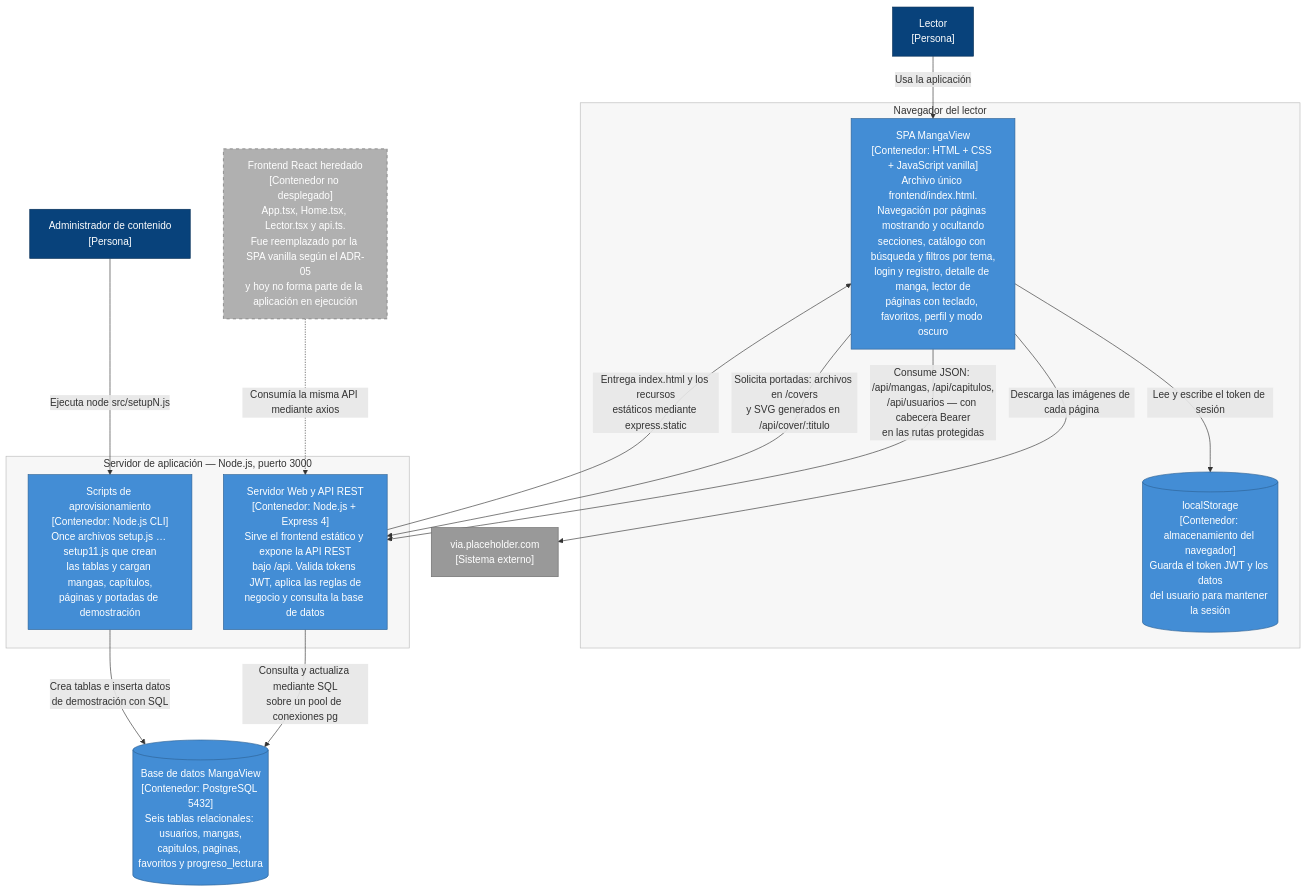
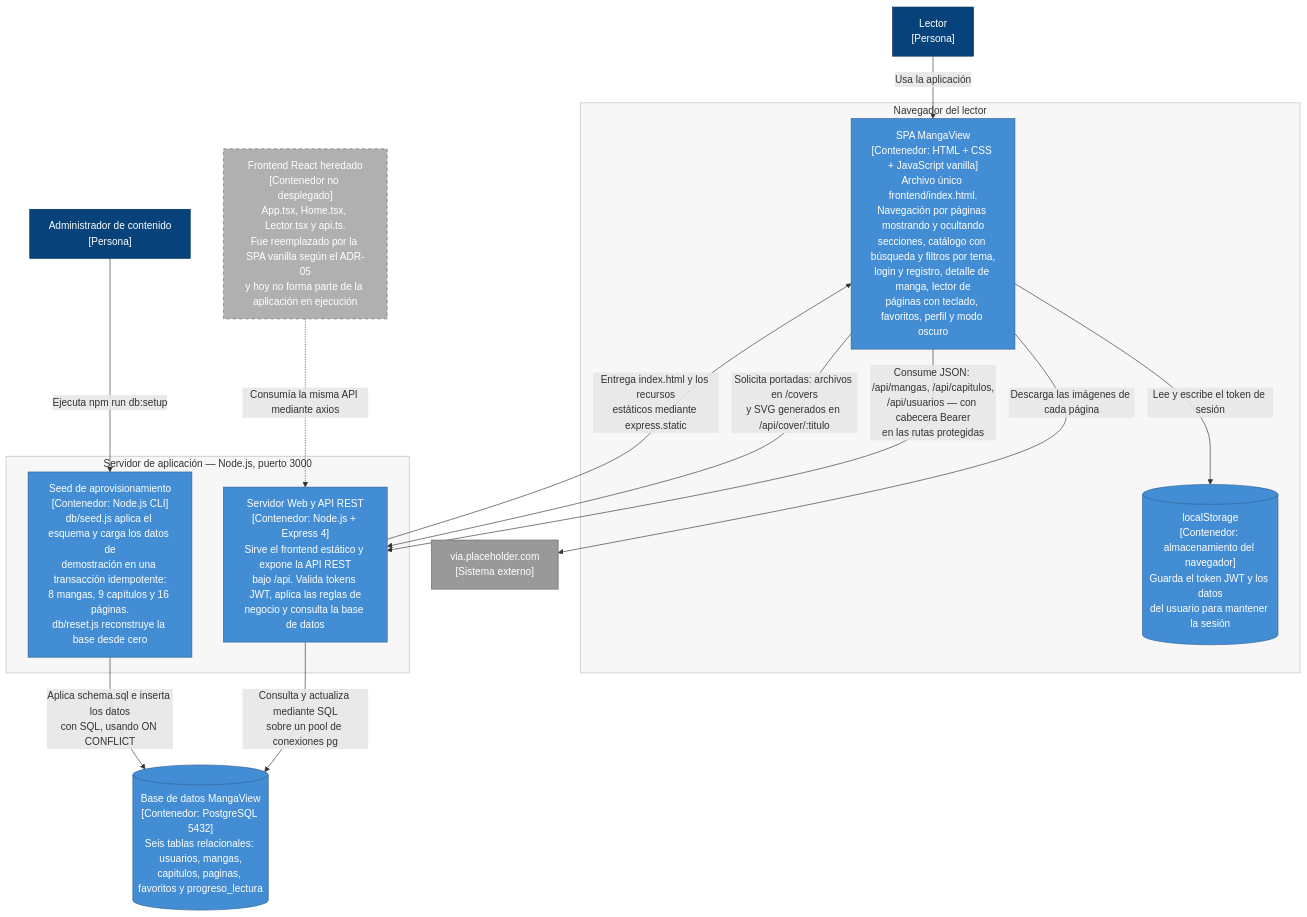
Before and after one commit to Robertotec2/MangaView: the second of 4 diagrams in docs/C4-MangaView.md, drawn with Mermaid. The commit also changed other lines of this file, not shown here.

````diff
--- a/docs/C4-MangaView.md
+++ b/docs/C4-MangaView.md
@@ -107,44 +107,44 @@
 ```mermaid
 flowchart TB
     lector["Lector<br/>[Persona]"]
     admin["Administrador de contenido<br/>[Persona]"]
 
     subgraph navegador["Navegador del lector"]
         spa["SPA MangaView<br/>[Contenedor: HTML + CSS + JavaScript vanilla]<br/>Archivo único frontend/index.html.<br/>Navegación por páginas mostrando y ocultando<br/>secciones, catálogo con búsqueda y filtros por tema,<br/>login y registro, detalle de manga, lector de<br/>páginas con teclado, favoritos, perfil y modo oscuro"]
         storage[("localStorage<br/>[Contenedor: almacenamiento del navegador]<br/>Guarda el token JWT y los datos<br/>del usuario para mantener la sesión")]
     end
 
     subgraph servidor["Servidor de aplicación — Node.js, puerto 3000"]
         api["Servidor Web y API REST<br/>[Contenedor: Node.js + Express 4]<br/>Sirve el frontend estático y expone la API REST<br/>bajo /api. Valida tokens JWT, aplica las reglas de<br/>negocio y consulta la base de datos"]
-        scripts["Scripts de aprovisionamiento<br/>[Contenedor: Node.js CLI]<br/>Once archivos setup.js … setup11.js que crean<br/>las tablas y cargan mangas, capítulos,<br/>páginas y portadas de demostración"]
+        scripts["Seed de aprovisionamiento<br/>[Contenedor: Node.js CLI]<br/>db/seed.js aplica el esquema y carga los datos de<br/>demostración en una transacción idempotente:<br/>8 mangas, 9 capítulos y 16 páginas.<br/>db/reset.js reconstruye la base desde cero"]
     end
 
     db[("Base de datos MangaView<br/>[Contenedor: PostgreSQL 5432]<br/>Seis tablas relacionales: usuarios, mangas,<br/>capitulos, paginas, favoritos y progreso_lectura")]
 
     placeholder["via.placeholder.com<br/>[Sistema externo]"]
     legacy["Frontend React heredado<br/>[Contenedor no desplegado]<br/>App.tsx, Home.tsx, Lector.tsx y api.ts.<br/>Fue reemplazado por la SPA vanilla según el ADR-05<br/>y hoy no forma parte de la aplicación en ejecución"]
 
     lector -->|"Usa la aplicación"| spa
     spa -->|"Lee y escribe el token de sesión"| storage
     api -->|"Entrega index.html y los recursos<br/>estáticos mediante express.static"| spa
     spa -->|"Consume JSON: /api/mangas, /api/capitulos,<br/>/api/usuarios — con cabecera Bearer<br/>en las rutas protegidas"| api
     spa -->|"Solicita portadas: archivos en /covers<br/>y SVG generados en /api/cover/:titulo"| api
     spa -->|"Descarga las imágenes de cada página"| placeholder
     api -->|"Consulta y actualiza mediante SQL<br/>sobre un pool de conexiones pg"| db
-    admin -->|"Ejecuta node src/setupN.js"| scripts
-    scripts -->|"Crea tablas e inserta datos<br/>de demostración con SQL"| db
+    admin -->|"Ejecuta npm run db:setup"| scripts
+    scripts -->|"Aplica schema.sql e inserta los datos<br/>con SQL, usando ON CONFLICT"| db
     legacy -.->|"Consumía la misma API mediante axios"| api
 
     classDef persona fill:#08427b,stroke:#052e56,color:#ffffff
     classDef contenedor fill:#438dd5,stroke:#2e6295,color:#ffffff
     classDef datos fill:#438dd5,stroke:#2e6295,color:#ffffff
     classDef externo fill:#999999,stroke:#6b6b6b,color:#ffffff
     classDef muerto fill:#b0b0b0,stroke:#6b6b6b,color:#ffffff,stroke-dasharray: 5 5
     class lector,admin persona
     class spa,api,scripts contenedor
     class storage,db datos
     class placeholder externo
     class legacy muerto
     style navegador fill:#f7f7f7,stroke:#bbbbbb
     style servidor fill:#f7f7f7,stroke:#bbbbbb
 ```
````
